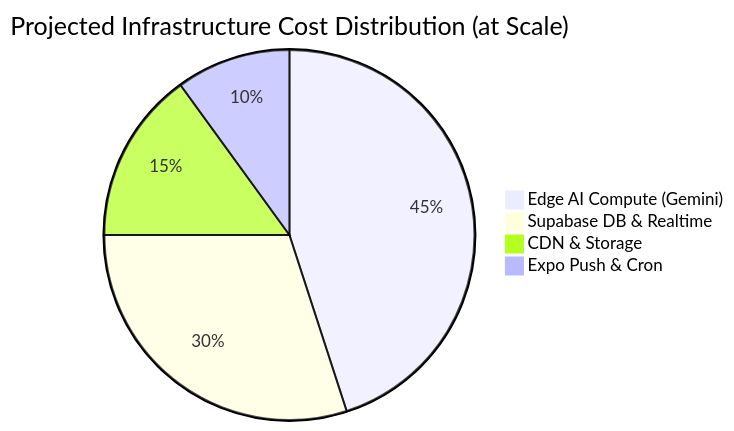
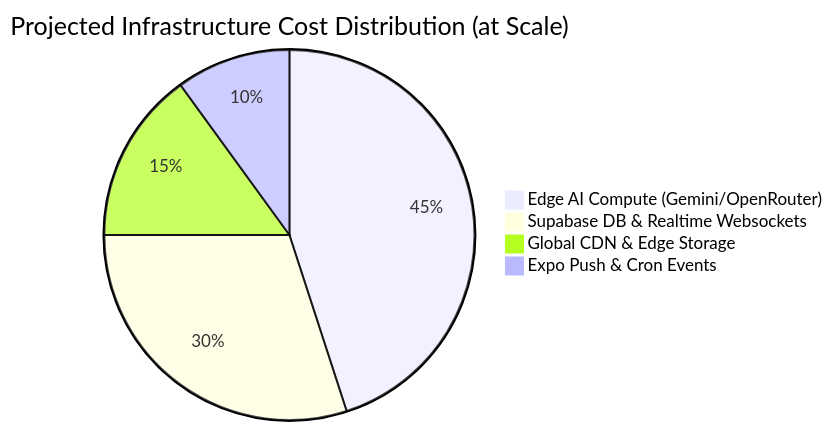
The second of 3 diagrams in README.md (Ak2556/echo-mobile), drawn with Mermaid before and after one commit. The commit also changed other lines of this file, not shown here.

````diff
--- a/README.md
+++ b/README.md
@@ -83,7 +85,7 @@
 ```mermaid
 pie title Projected Infrastructure Cost Distribution (at Scale)
-    "Edge AI Compute (Gemini)" : 45
-    "Supabase DB & Realtime" : 30
-    "CDN & Storage" : 15
-    "Expo Push & Cron" : 10
+    "Edge AI Compute (Gemini/OpenRouter)" : 45
+    "Supabase DB & Realtime Websockets" : 30
+    "Global CDN & Edge Storage" : 15
+    "Expo Push & Cron Events" : 10
 ```
````
